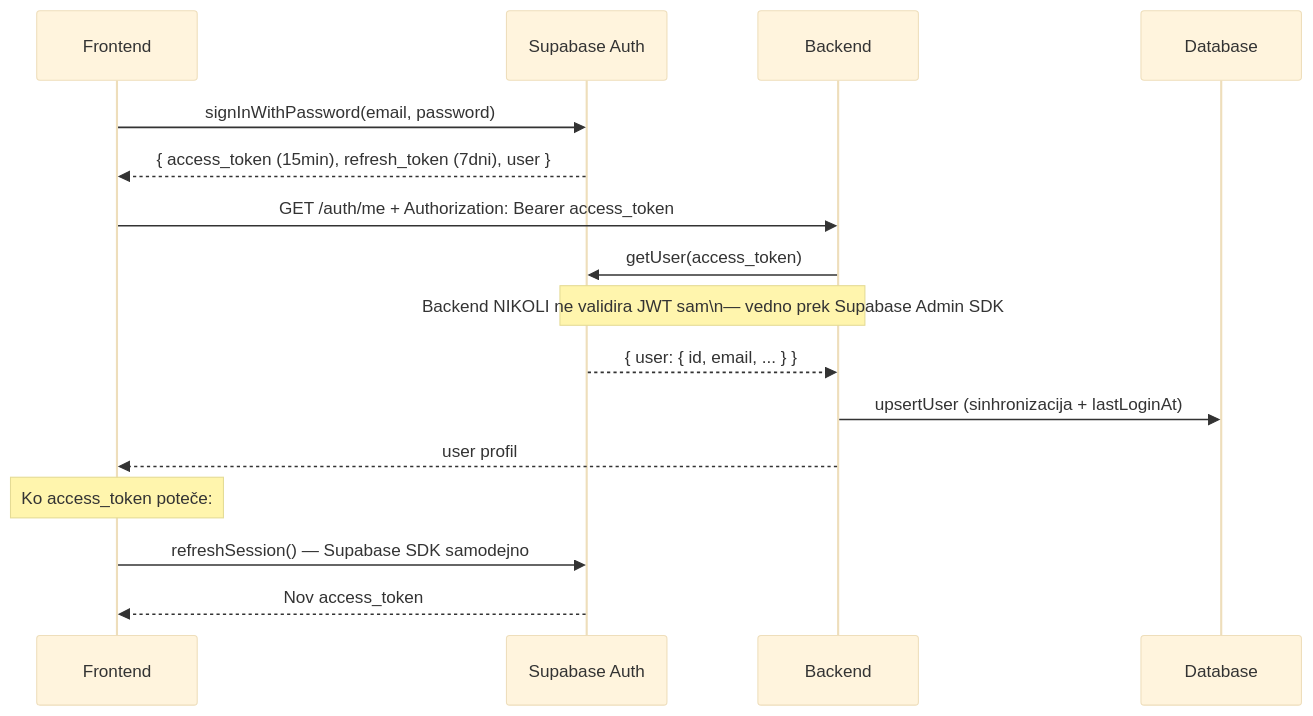
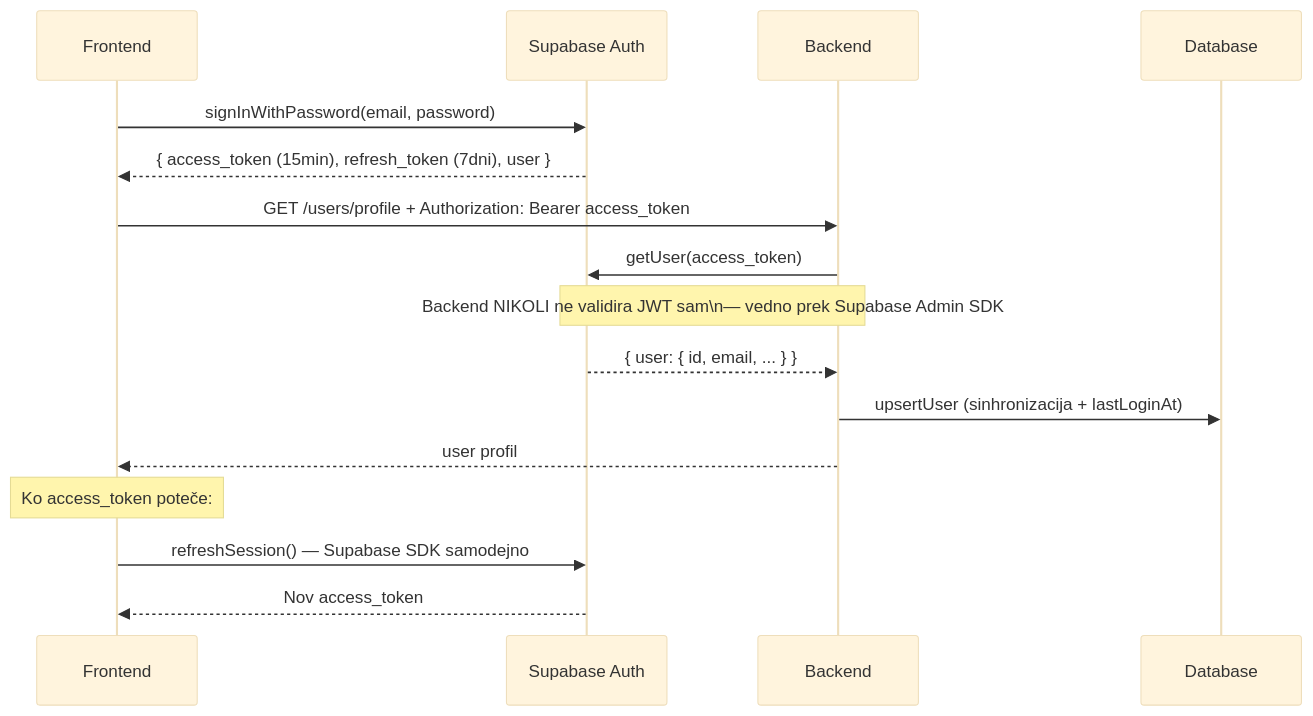
The first of 3 diagrams in docs/security.md (Anchevskiii/Routiq), drawn with Mermaid (base theme) before and after one commit. The commit also changed 14 other files, not shown here.

````diff
--- a/docs/security.md
+++ b/docs/security.md
@@ -28,21 +28,21 @@
 ```mermaid
 sequenceDiagram
     participant FE as Frontend
     participant SB as Supabase Auth
     participant BE as Backend
     participant DB as Database
 
     FE->>SB: signInWithPassword(email, password)
     SB-->>FE: { access_token (15min), refresh_token (7dni), user }
 
-    FE->>BE: GET /auth/me + Authorization: Bearer access_token
+    FE->>BE: GET /users/profile + Authorization: Bearer access_token
     BE->>SB: getUser(access_token)
     Note over BE,SB: Backend NIKOLI ne validira JWT sam\n— vedno prek Supabase Admin SDK
     SB-->>BE: { user: { id, email, ... } }
     BE->>DB: upsertUser (sinhronizacija + lastLoginAt)
     BE-->>FE: user profil
 
     Note over FE: Ko access_token poteče:
     FE->>SB: refreshSession() — Supabase SDK samodejno
     SB-->>FE: Nov access_token
 ```
````
